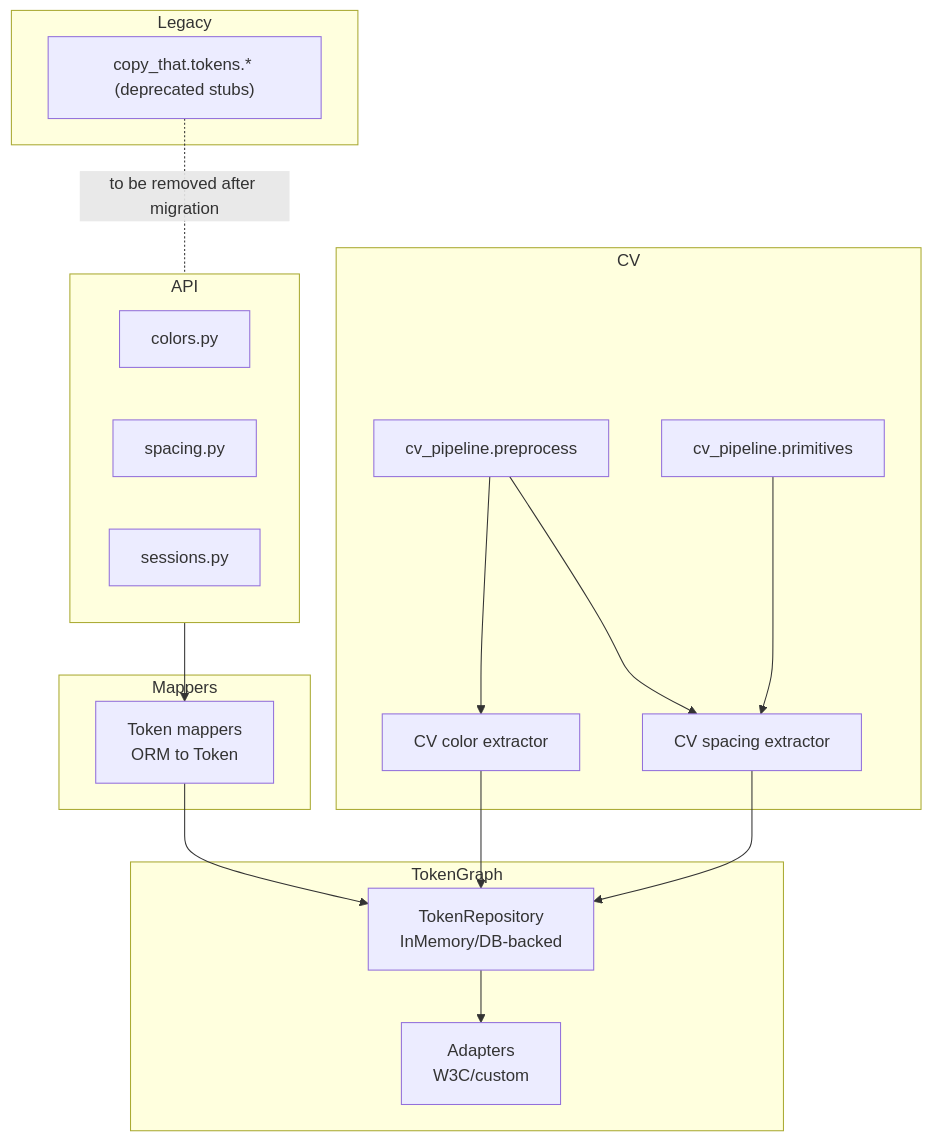
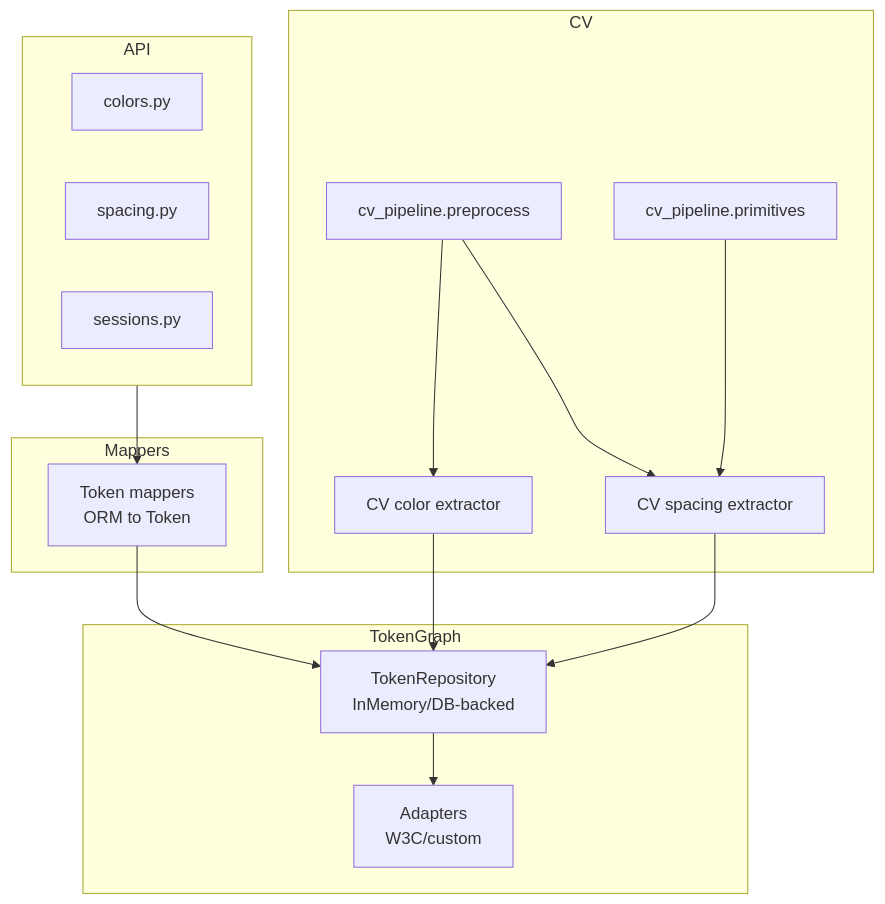
One commit to joshband/copy-that changed the diagram in docs/architecture/token_graph.md. Above: the diagram before and after it, drawn with Mermaid. The commit also changed other lines of this file and 31 other files, not shown here.

Commit message:
chore: remove legacy token stubs and update token graph docs

````diff
--- a/docs/architecture/token_graph.md
+++ b/docs/architecture/token_graph.md
@@ -38,36 +38,33 @@
 ```mermaid
 flowchart TD
     subgraph API
         COLORS[colors.py]
         SPACING[spacing.py]
         SESSIONS[sessions.py]
     end
 
     subgraph Mappers
         MAP["Token mappers<br/>ORM to Token"]
     end
 
     subgraph TokenGraph
         REPO["TokenRepository<br/>InMemory/DB-backed"]
         ADAPTERS["Adapters<br/>W3C/custom"]
     end
 
     subgraph CV
         PRE[cv_pipeline.preprocess]
         PRIMS[cv_pipeline.primitives]
         CV_COLOR[CV color extractor]
         CV_SPACING[CV spacing extractor]
     end
 
     API --> MAP --> REPO --> ADAPTERS
     CV_COLOR --> REPO
     CV_SPACING --> REPO
     PRE --> CV_COLOR
     PRE --> CV_SPACING
     PRIMS --> CV_SPACING
 
-    subgraph Legacy
-        LEGACY["copy_that.tokens.* (deprecated stubs)"]
-    end
-    LEGACY -. to be removed after migration .- API
+    %% Legacy stubs removed in favor of token graph
 ```
````
